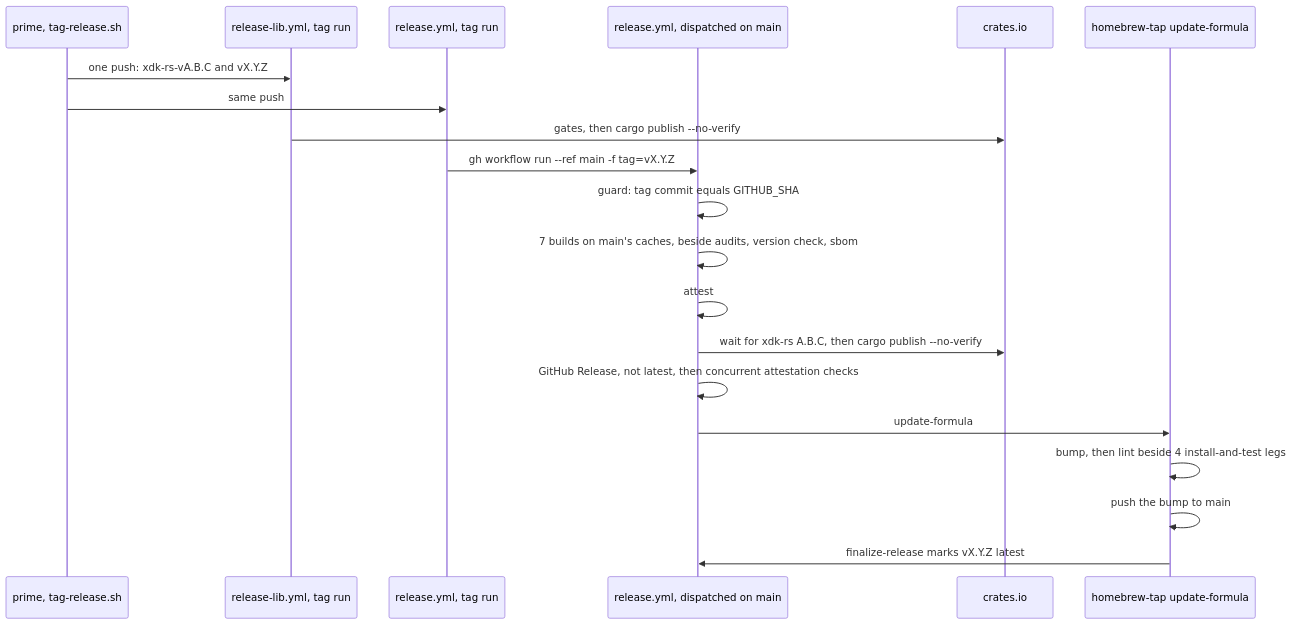
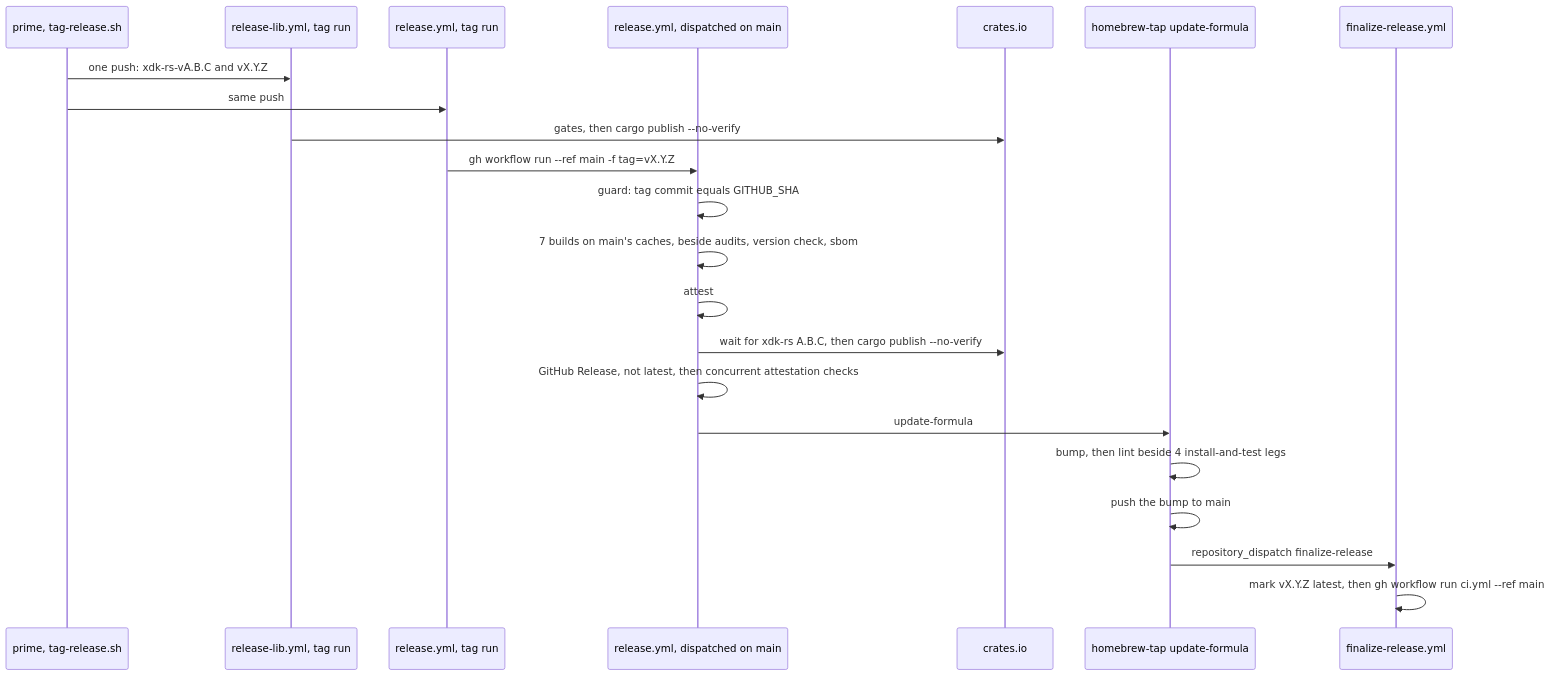
The first of 2 diagrams in docs/plans/2026-11-07-1206-perf-release-pipeline-under-8-minutes-plan.md (brettdavies/xurl-rs), drawn with Mermaid before and after one commit. The commit also changed other lines of this file, not shown here.

First line of the commit message:
docs(plans): record the eng review of the release pipeline plan

````diff
--- a/docs/plans/2026-11-07-1206-perf-release-pipeline-under-8-minutes-plan.md
+++ b/docs/plans/2026-11-07-1206-perf-release-pipeline-under-8-minutes-plan.md
@@ -238,22 +262,24 @@
 ```mermaid
 sequenceDiagram
   participant P as prime, tag-release.sh
   participant L as release-lib.yml, tag run
   participant G as release.yml, tag run
   participant M as release.yml, dispatched on main
   participant C as crates.io
   participant T as homebrew-tap update-formula
+  participant F as finalize-release.yml
   P->>L: one push: xdk-rs-vA.B.C and vX.Y.Z
   P->>G: same push
   L->>C: gates, then cargo publish --no-verify
   G->>M: gh workflow run --ref main -f tag=vX.Y.Z
   M->>M: guard: tag commit equals GITHUB_SHA
   M->>M: 7 builds on main's caches, beside audits, version check, sbom
   M->>M: attest
   M->>C: wait for xdk-rs A.B.C, then cargo publish --no-verify
   M->>M: GitHub Release, not latest, then concurrent attestation checks
   M->>T: update-formula
   T->>T: bump, then lint beside 4 install-and-test legs
   T->>T: push the bump to main
-  T->>M: finalize-release marks vX.Y.Z latest
+  T->>F: repository_dispatch finalize-release
+  F->>F: mark vX.Y.Z latest, then gh workflow run ci.yml --ref main
 ```
````
